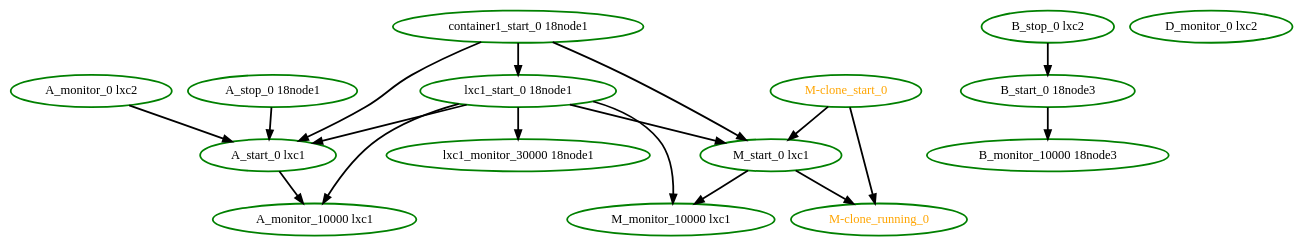
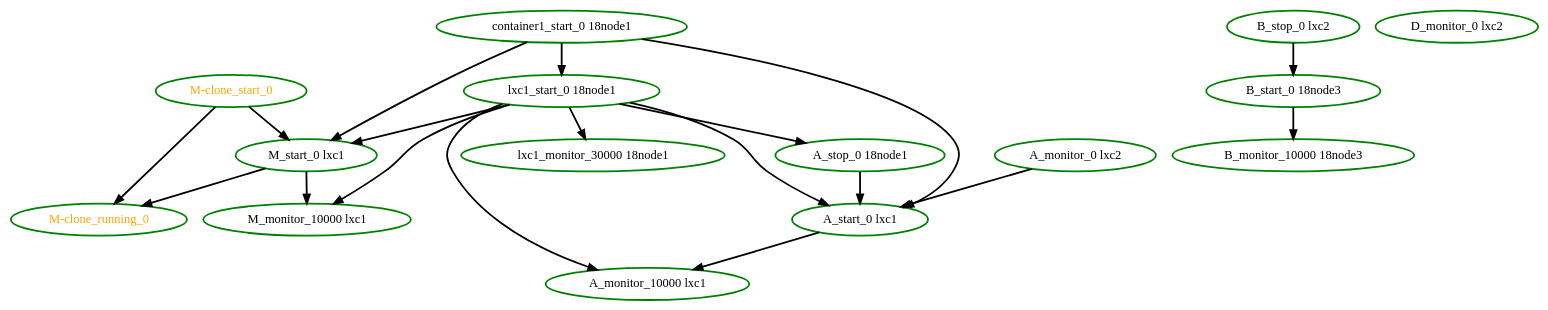
Before and after one commit to ClusterLabs/pacemaker: the diagram in cts/scheduler/whitebox-start.dot, drawn with Graphviz. The commit also changed 16 other files, not shown here.

```diff
--- a/cts/scheduler/whitebox-start.dot
+++ b/cts/scheduler/whitebox-start.dot
@@ -1,34 +1,35 @@
 digraph "g" {
 "A_monitor_0 lxc2" -> "A_start_0 lxc1" [ style = bold]
 "A_monitor_0 lxc2" [ style=bold color="green" fontcolor="black"]
 "A_monitor_10000 lxc1" [ style=bold color="green" fontcolor="black"]
 "A_start_0 lxc1" -> "A_monitor_10000 lxc1" [ style = bold]
 "A_start_0 lxc1" [ style=bold color="green" fontcolor="black"]
 "A_stop_0 18node1" -> "A_start_0 lxc1" [ style = bold]
 "A_stop_0 18node1" [ style=bold color="green" fontcolor="black"]
 "B_monitor_10000 18node3" [ style=bold color="green" fontcolor="black"]
 "B_start_0 18node3" -> "B_monitor_10000 18node3" [ style = bold]
 "B_start_0 18node3" [ style=bold color="green" fontcolor="black"]
 "B_stop_0 lxc2" -> "B_start_0 18node3" [ style = bold]
 "B_stop_0 lxc2" [ style=bold color="green" fontcolor="black"]
 "D_monitor_0 lxc2" [ style=bold color="green" fontcolor="black"]
 "M-clone_running_0" [ style=bold color="green" fontcolor="orange"]
 "M-clone_start_0" -> "M-clone_running_0" [ style = bold]
 "M-clone_start_0" -> "M_start_0 lxc1" [ style = bold]
 "M-clone_start_0" [ style=bold color="green" fontcolor="orange"]
 "M_monitor_10000 lxc1" [ style=bold color="green" fontcolor="black"]
 "M_start_0 lxc1" -> "M-clone_running_0" [ style = bold]
 "M_start_0 lxc1" -> "M_monitor_10000 lxc1" [ style = bold]
 "M_start_0 lxc1" [ style=bold color="green" fontcolor="black"]
 "container1_start_0 18node1" -> "A_start_0 lxc1" [ style = bold]
 "container1_start_0 18node1" -> "M_start_0 lxc1" [ style = bold]
 "container1_start_0 18node1" -> "lxc1_start_0 18node1" [ style = bold]
 "container1_start_0 18node1" [ style=bold color="green" fontcolor="black"]
 "lxc1_monitor_30000 18node1" [ style=bold color="green" fontcolor="black"]
 "lxc1_start_0 18node1" -> "A_monitor_10000 lxc1" [ style = bold]
 "lxc1_start_0 18node1" -> "A_start_0 lxc1" [ style = bold]
+"lxc1_start_0 18node1" -> "A_stop_0 18node1" [ style = bold]
 "lxc1_start_0 18node1" -> "M_monitor_10000 lxc1" [ style = bold]
 "lxc1_start_0 18node1" -> "M_start_0 lxc1" [ style = bold]
 "lxc1_start_0 18node1" -> "lxc1_monitor_30000 18node1" [ style = bold]
 "lxc1_start_0 18node1" [ style=bold color="green" fontcolor="black"]
 }
```
